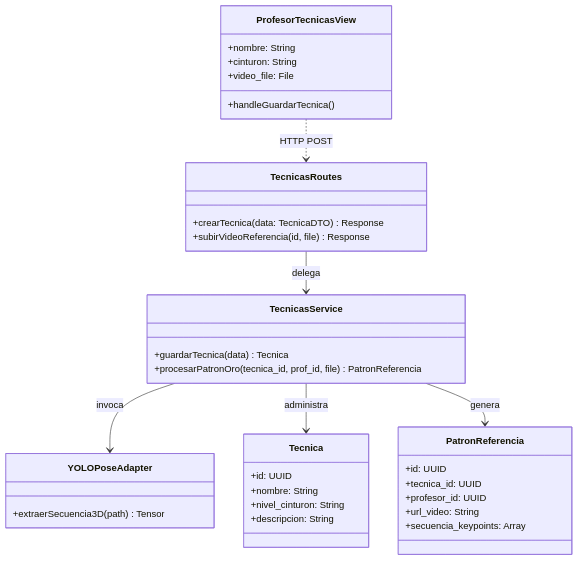
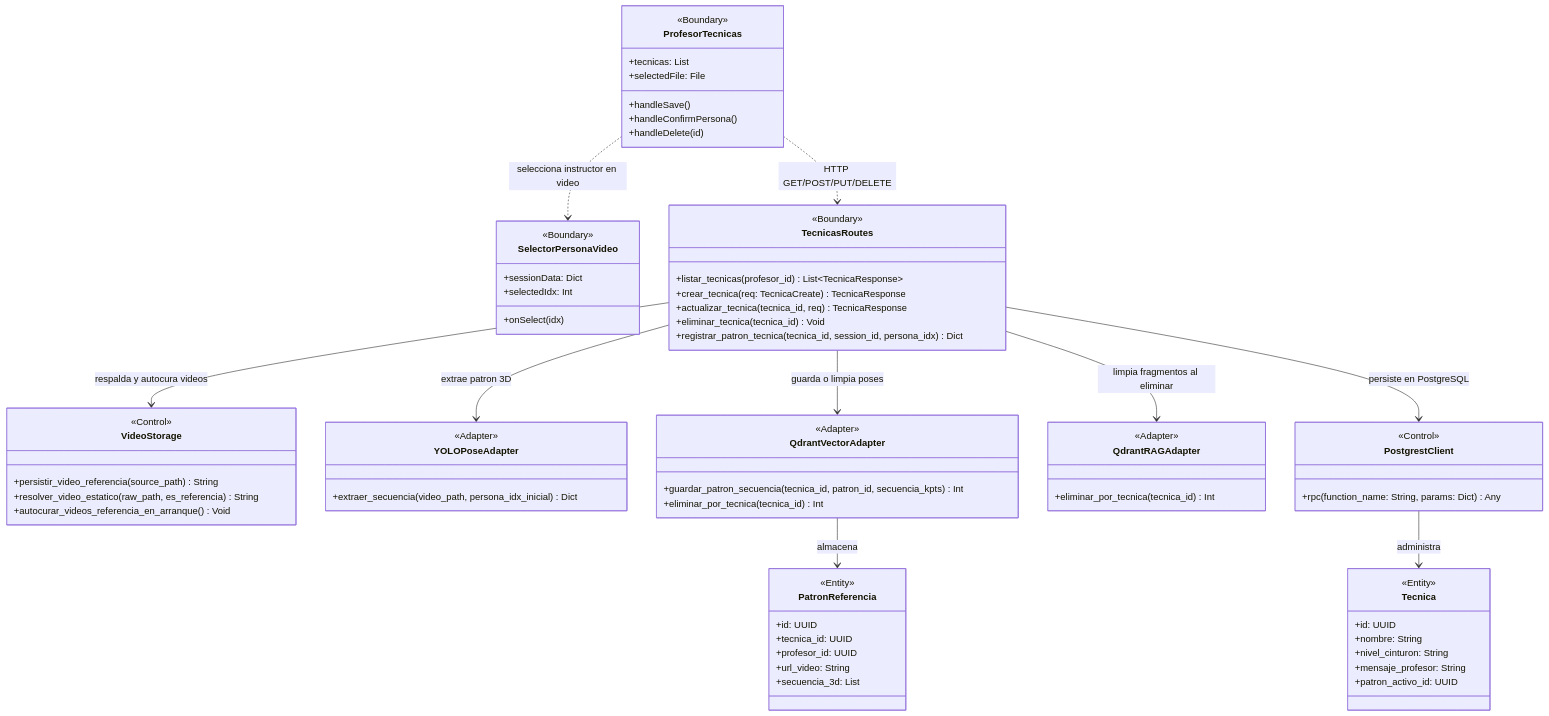
Before and after one commit to Tsmrain/JiuJitsu: the diagram in docs/diagramas/codigo/cu05_clases.mmd, drawn with Mermaid. The commit also changed 86 other files, not shown here.

Commit message:
docs: actualizar ProyectoGrado bajo ICONIX con diagramas Mermaid, Cap IX y CV, y sincronizar cambios recientes

```diff
--- a/docs/diagramas/codigo/cu05_clases.mmd
+++ b/docs/diagramas/codigo/cu05_clases.mmd
@@ -1,42 +1,81 @@
 classDiagram
-    class ProfesorTecnicasView {
-        +nombre: String
-        +cinturon: String
-        +video_file: File
-        +handleGuardarTecnica()
+    class ProfesorTecnicas {
+        <<Boundary>>
+        +tecnicas: List
+        +selectedFile: File
+        +handleSave()
+        +handleConfirmPersona()
+        +handleDelete(id)
+    }
+
+    class SelectorPersonaVideo {
+        <<Boundary>>
+        +sessionData: Dict
+        +selectedIdx: Int
+        +onSelect(idx)
     }
 
     class TecnicasRoutes {
-        +crearTecnica(data: TecnicaDTO) Response
-        +subirVideoReferencia(id, file) Response
+        <<Boundary>>
+        +listar_tecnicas(profesor_id) List~TecnicaResponse~
+        +crear_tecnica(req: TecnicaCreate) TecnicaResponse
+        +actualizar_tecnica(tecnica_id, req) TecnicaResponse
+        +eliminar_tecnica(tecnica_id) Void
+        +registrar_patron_tecnica(tecnica_id, session_id, persona_idx) Dict
     }
 
-    class TecnicasService {
-        +guardarTecnica(data) Tecnica
-        +procesarPatronOro(tecnica_id, prof_id, file) PatronReferencia
+    class VideoStorage {
+        <<Control>>
+        +persistir_video_referencia(source_path) String
+        +resolver_video_estatico(raw_path, es_referencia) String
+        +autocurar_videos_referencia_en_arranque() Void
     }
 
     class YOLOPoseAdapter {
-        +extraerSecuencia3D(path) Tensor
+        <<Adapter>>
+        +extraer_secuencia(video_path, persona_idx_inicial) Dict
+    }
+
+    class QdrantVectorAdapter {
+        <<Adapter>>
+        +guardar_patron_secuencia(tecnica_id, patron_id, secuencia_kpts) Int
+        +eliminar_por_tecnica(tecnica_id) Int
+    }
+
+    class QdrantRAGAdapter {
+        <<Adapter>>
+        +eliminar_por_tecnica(tecnica_id) Int
+    }
+
+    class PostgrestClient {
+        <<Control>>
+        +rpc(function_name: String, params: Dict) Any
     }
 
     class Tecnica {
+        <<Entity>>
         +id: UUID
         +nombre: String
         +nivel_cinturon: String
-        +descripcion: String
+        +mensaje_profesor: String
+        +patron_activo_id: UUID
     }
 
     class PatronReferencia {
+        <<Entity>>
         +id: UUID
         +tecnica_id: UUID
         +profesor_id: UUID
         +url_video: String
-        +secuencia_keypoints: Array
+        +secuencia_3d: List
     }
 
-    ProfesorTecnicasView ..> TecnicasRoutes : HTTP POST
-    TecnicasRoutes --> TecnicasService : delega
-    TecnicasService --> YOLOPoseAdapter : invoca
-    TecnicasService --> Tecnica : administra
-    TecnicasService --> PatronReferencia : genera
+    ProfesorTecnicas ..> SelectorPersonaVideo : selecciona instructor en video
+    ProfesorTecnicas ..> TecnicasRoutes : HTTP GET/POST/PUT/DELETE
+    TecnicasRoutes --> VideoStorage : respalda y autocura videos
+    TecnicasRoutes --> YOLOPoseAdapter : extrae patron 3D
+    TecnicasRoutes --> QdrantVectorAdapter : guarda o limpia poses
+    TecnicasRoutes --> QdrantRAGAdapter : limpia fragmentos al eliminar
+    TecnicasRoutes --> PostgrestClient : persiste en PostgreSQL
+    PostgrestClient --> Tecnica : administra
+    QdrantVectorAdapter --> PatronReferencia : almacena
```
